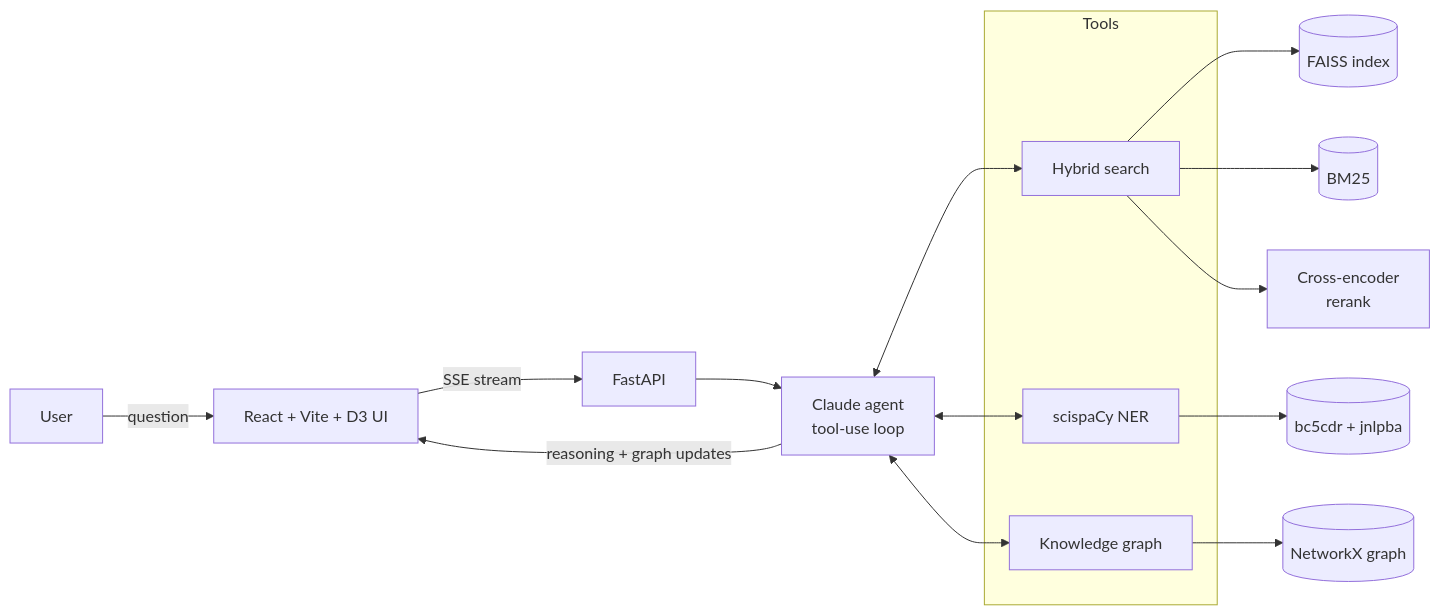
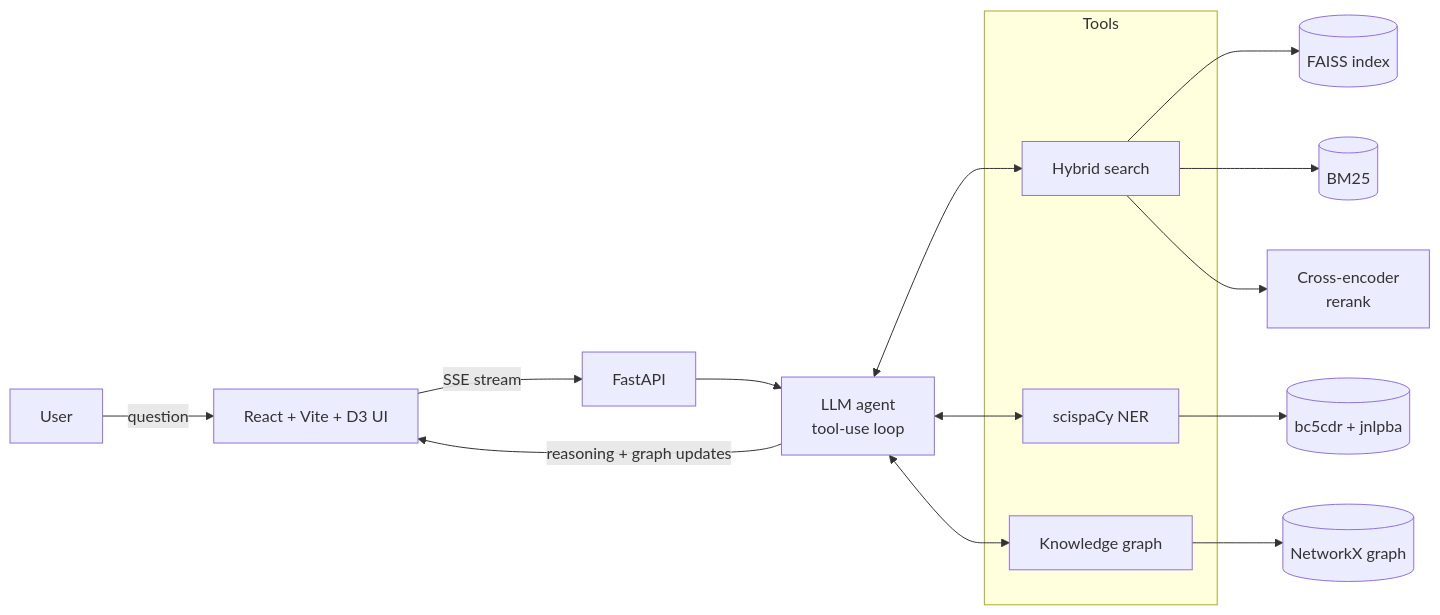
Before and after one commit to arkhash0309/GenomicIR-NLP: the diagram in README.md, drawn with Mermaid. The commit also changed other lines of this file and 9 other files, not shown here.

````diff
--- a/README.md
+++ b/README.md
@@ -51,24 +51,24 @@
 ```mermaid
 flowchart LR
     U[User] -->|question| FE[React + Vite + D3 UI]
     FE -->|SSE stream| API[FastAPI]
-    API --> AG[Claude agent<br/>tool-use loop]
+    API --> AG[LLM agent<br/>tool-use loop]
 
     subgraph Tools
       HS[Hybrid search]
       NER[scispaCy NER]
       KG[Knowledge graph]
     end
 
     AG <--> HS
     AG <--> NER
     AG <--> KG
 
     HS --> FAISS[(FAISS index)]
     HS --> BM25[(BM25)]
     HS --> RR[Cross-encoder<br/>rerank]
     KG --> NX[(NetworkX graph)]
     NER --> SP[(bc5cdr + jnlpba)]
 
     AG -->|reasoning + graph updates| FE
 ```
````
